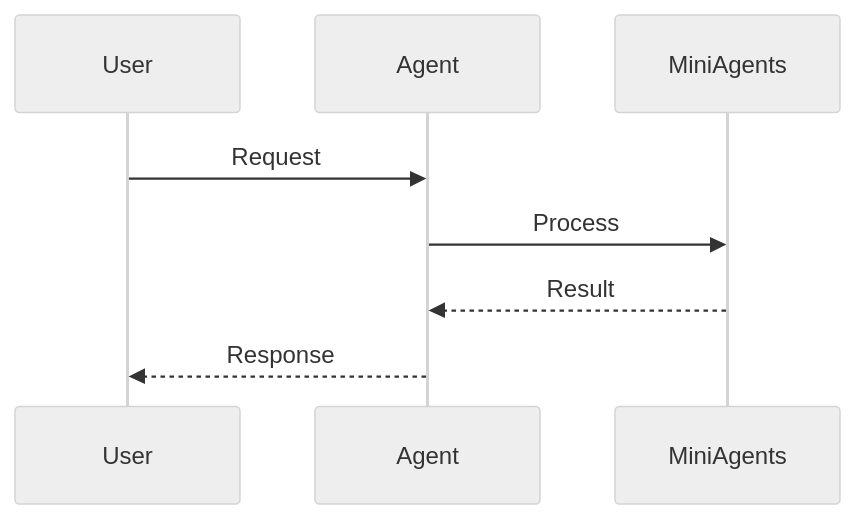
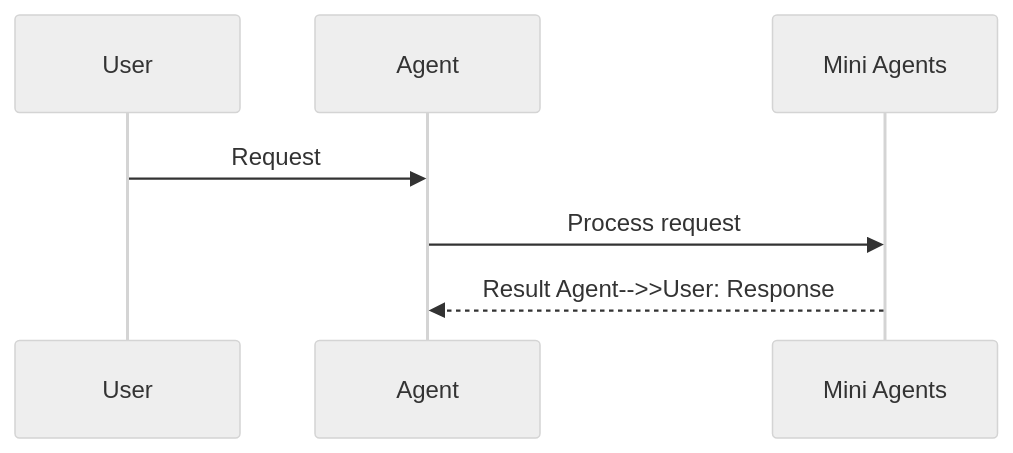
Before and after one commit to MervinPraison/PraisonAIDocs: the second of 2 diagrams in docs/features/mini.mdx, drawn with Mermaid (neutral theme). The commit also changed 204 other files, not shown here.

First line of the commit message:
docs: align feature/tool pages with AGENTS.md hero + sequence + import standards (fixes #1775)

````diff
--- a/docs/features/mini.mdx
+++ b/docs/features/mini.mdx
@@ -37,11 +37,10 @@
 ```mermaid
 sequenceDiagram
     participant User
     participant Agent
-    participant MiniAgents
+    participant Feature as Mini Agents
 
     User->>Agent: Request
-    Agent->>MiniAgents: Process
-    MiniAgents-->>Agent: Result
-    Agent-->>User: Response
+    Agent->>Feature: Process request
+    Feature-->>Agent: Result    Agent-->>User: Response
 ```
````
